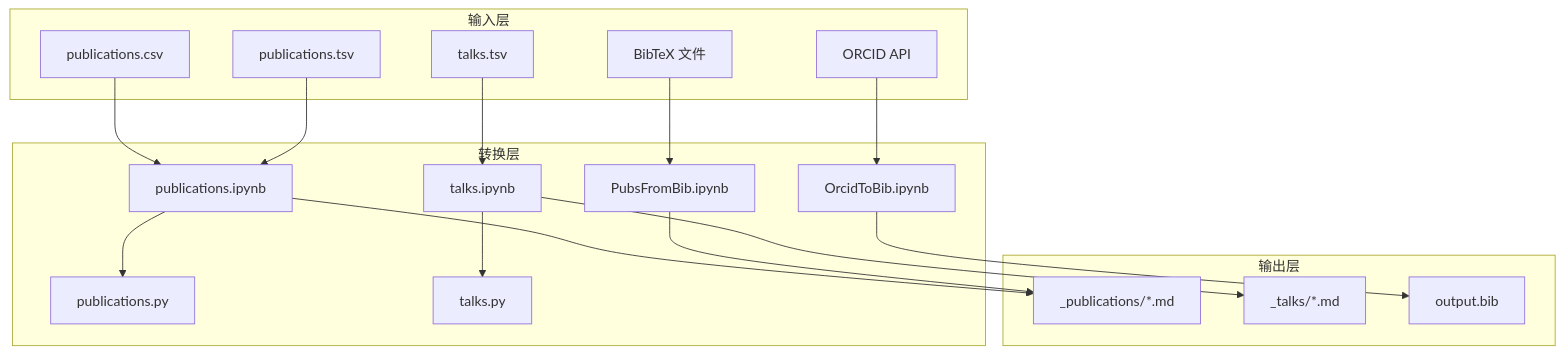
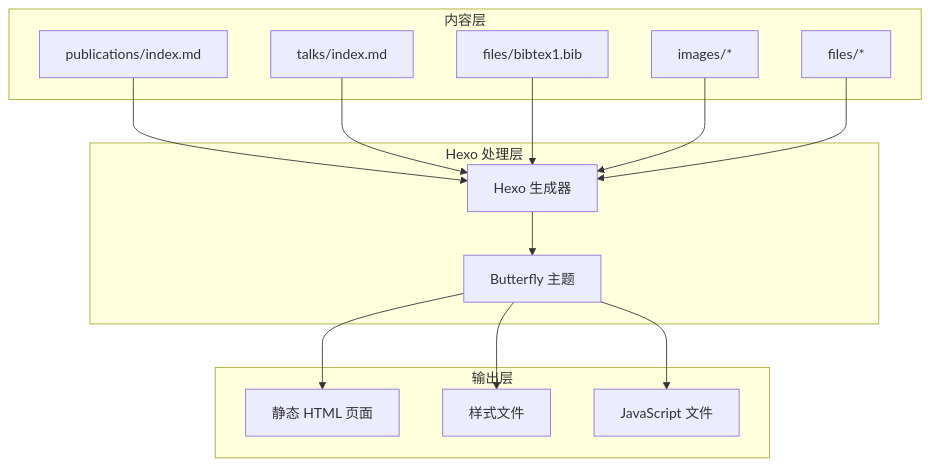
One commit to CoolPig0720/CoolPig0720.github.io changed the second of 5 diagrams in .qoder/repowiki/zh/content/数据处理和自动化/Markdown 生成工具.md. Above: the diagram before and after it, drawn with Mermaid. The commit also changed other lines of this file and 36 other files, not shown here.

````diff
--- a/.qoder/repowiki/zh/content/数据处理和自动化/Markdown 生成工具.md
+++ b/.qoder/repowiki/zh/content/数据处理和自动化/Markdown 生成工具.md
@@ -98,34 +98,28 @@
 ```mermaid
 graph TB
-subgraph "输入层"
-CSV["publications.csv"]
-TSV1["publications.tsv"]
-TSV2["talks.tsv"]
-ORCID["ORCID API"]
-BIB["BibTeX 文件"]
+subgraph "内容层"
+PUBMD["publications/index.md"]
+TALKMD["talks/index.md"]
+BIB["files/bibtex1.bib"]
+IMG["images/*"]
+FILE["files/*"]
 end
-subgraph "转换层"
-PUBNB["publications.ipynb"]
-TALNB["talks.ipynb"]
-O2B["OrcidToBib.ipynb"]
-PBIB["PubsFromBib.ipynb"]
-PUBPY["publications.py"]
-TALPY["talks.py"]
+subgraph "Hexo 处理层"
+HEXO["Hexo 生成器"]
+THEME["Butterfly 主题"]
 end
 subgraph "输出层"
-OUT1["_publications/*.md"]
-OUT2["_talks/*.md"]
-OUT3["output.bib"]
+HTML["静态 HTML 页面"]
+CSS["样式文件"]
+JS["JavaScript 文件"]
 end
-CSV --> PUBNB
-TSV1 --> PUBNB
-TSV2 --> TALNB
-ORCID --> O2B
-BIB --> PBIB
-PUBNB --> PUBPY
-TALNB --> TALPY
-PUBNB --> OUT1
-TALNB --> OUT2
-O2B --> OUT3
-PBIB --> OUT1
+PUBMD --> HEXO
+TALKMD --> HEXO
+BIB --> HEXO
+IMG --> HEXO
+FILE --> HEXO
+HEXO --> THEME
+THEME --> HTML
+THEME --> CSS
+THEME --> JS
 ```
````
